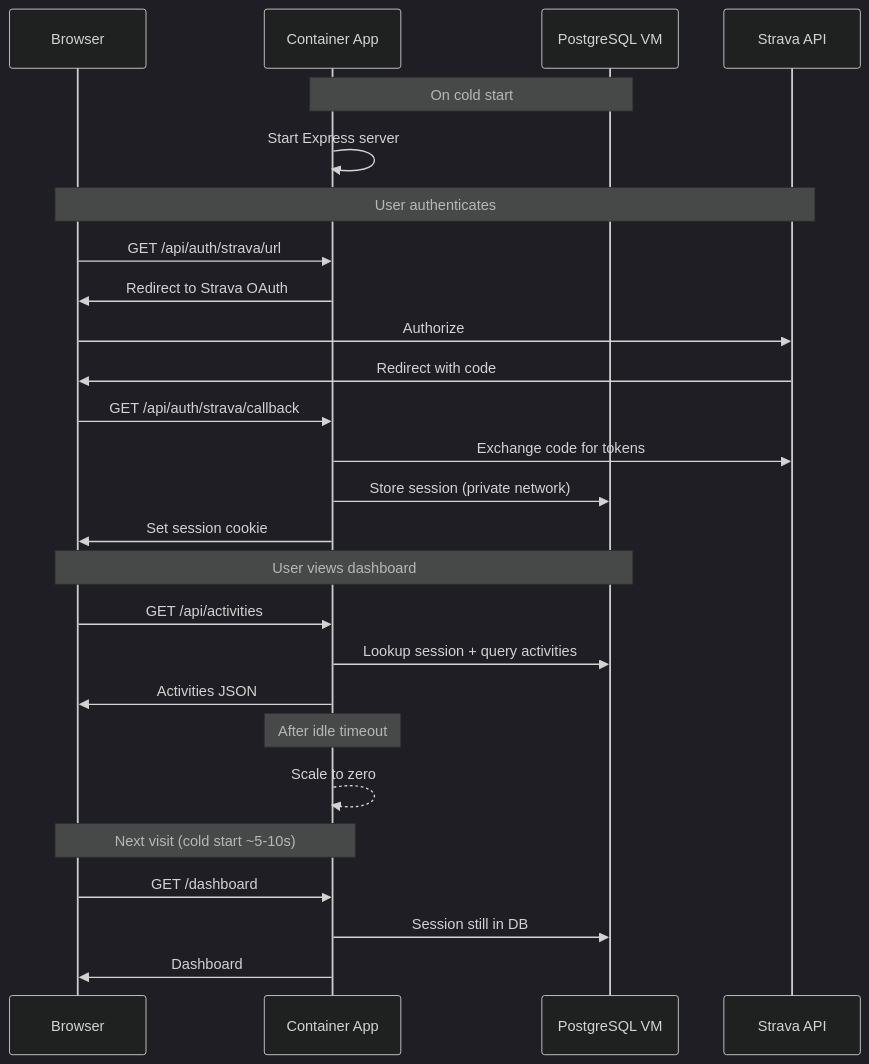
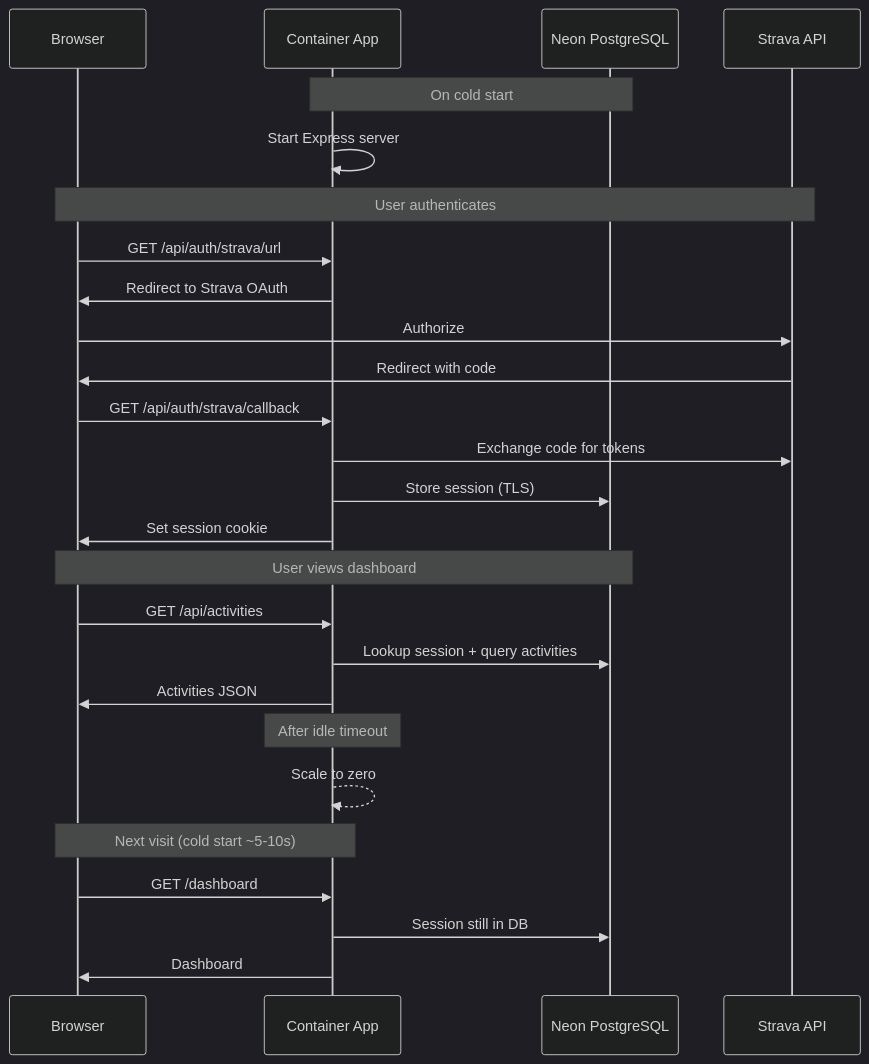
Before and after one commit to pymapa/zync: the second of 2 diagrams in docs/AZURE_ARCHITECTURE.md, drawn with Mermaid (dark theme). The commit also changed other lines of this file and 13 other files, not shown here.

First line of the commit message:
Architecture changes, code fixes (#3)

````diff
--- a/docs/AZURE_ARCHITECTURE.md
+++ b/docs/AZURE_ARCHITECTURE.md
@@ -175,33 +79,33 @@
 ```mermaid
 sequenceDiagram
     participant B as Browser
     participant C as Container App
-    participant P as PostgreSQL VM
+    participant P as Neon PostgreSQL
     participant S as Strava API
 
     Note over C,P: On cold start
     C->>C: Start Express server
 
     Note over B,S: User authenticates
     B->>C: GET /api/auth/strava/url
     C->>B: Redirect to Strava OAuth
     B->>S: Authorize
     S->>B: Redirect with code
     B->>C: GET /api/auth/strava/callback
     C->>S: Exchange code for tokens
-    C->>P: Store session (private network)
+    C->>P: Store session (TLS)
     C->>B: Set session cookie
 
     Note over B,P: User views dashboard
     B->>C: GET /api/activities
     C->>P: Lookup session + query activities
     C->>B: Activities JSON
 
     Note over C: After idle timeout
     C-->>C: Scale to zero
 
     Note over B,C: Next visit (cold start ~5-10s)
     B->>C: GET /dashboard
     C->>P: Session still in DB
     C->>B: Dashboard
 ```
````
